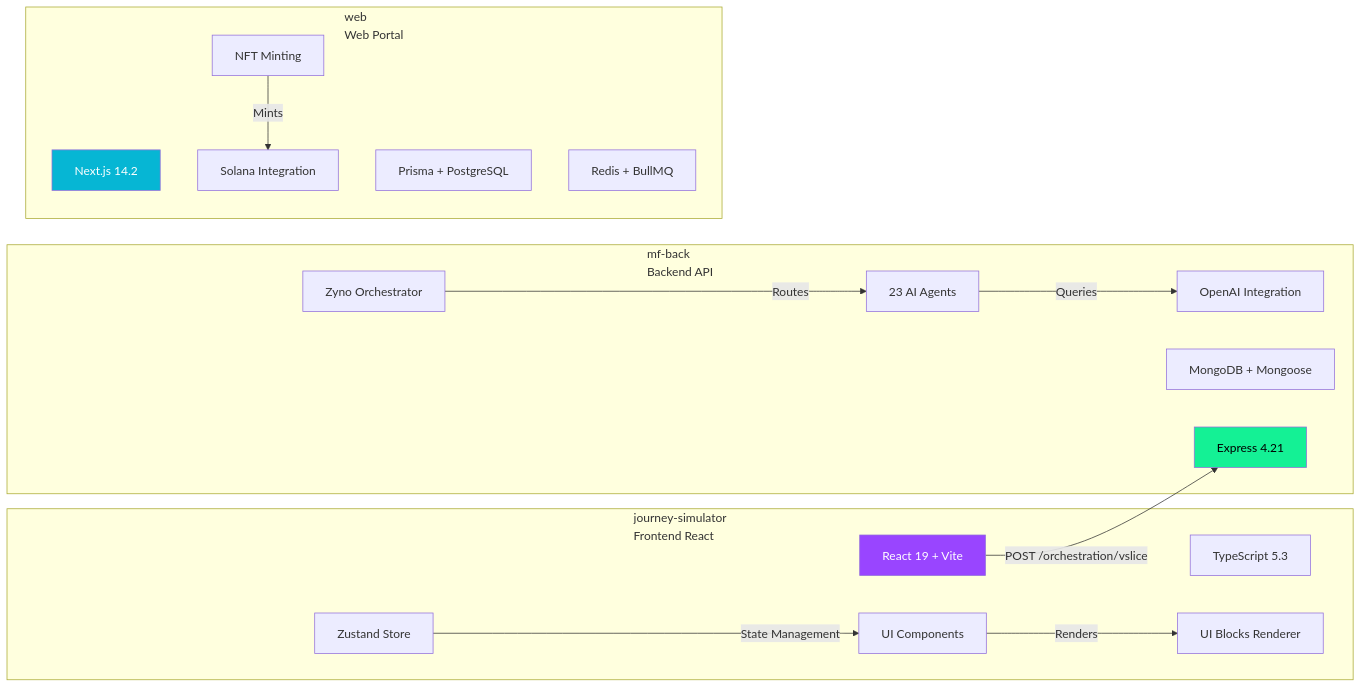
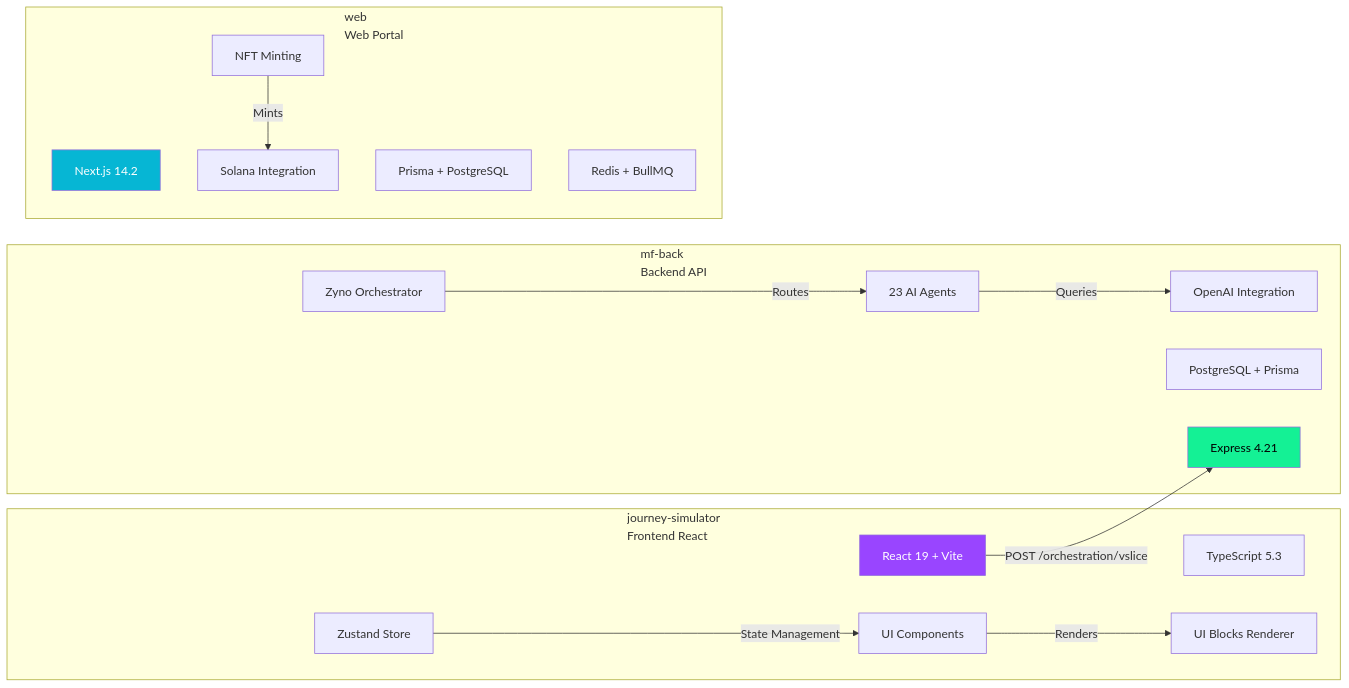
The second of 23 diagrams in docs/ui-ux/UI_UX_DIAGRAMS.md (cyranoaladin/journey-simulator), drawn with Mermaid before and after one commit. The commit also changed other lines of this file and 753 other files, not shown here.

````diff
--- a/docs/ui-ux/UI_UX_DIAGRAMS.md
+++ b/docs/ui-ux/UI_UX_DIAGRAMS.md
@@ -80,37 +80,37 @@
 ```mermaid
 graph LR
     subgraph "journey-simulator<br/>Frontend React"
         JS1[React 19 + Vite]
         JS2[TypeScript 5.3]
         JS3[Zustand Store]
         JS4[UI Components]
         JS5[UI Blocks Renderer]
     end
 
     subgraph "mf-back<br/>Backend API"
         MB1[Express 4.21]
-        MB2[MongoDB + Mongoose]
+        MB2[PostgreSQL + Prisma]
         MB3[Zyno Orchestrator]
         MB4[23 AI Agents]
         MB5[OpenAI Integration]
     end
 
     subgraph "web<br/>Web Portal"
         WP1[Next.js 14.2]
         WP2[Prisma + PostgreSQL]
         WP3[NFT Minting]
         WP4[Solana Integration]
         WP5[Redis + BullMQ]
     end
 
     JS1 -->|POST /orchestration/vslice| MB1
     JS3 -->|State Management| JS4
     JS4 -->|Renders| JS5
     MB3 -->|Routes| MB4
     MB4 -->|Queries| MB5
     WP3 -->|Mints| WP4
 
     style JS1 fill:#9945ff,color:#fff
     style MB1 fill:#14f195,color:#000
     style WP1 fill:#06b6d4,color:#fff
 ```
````
